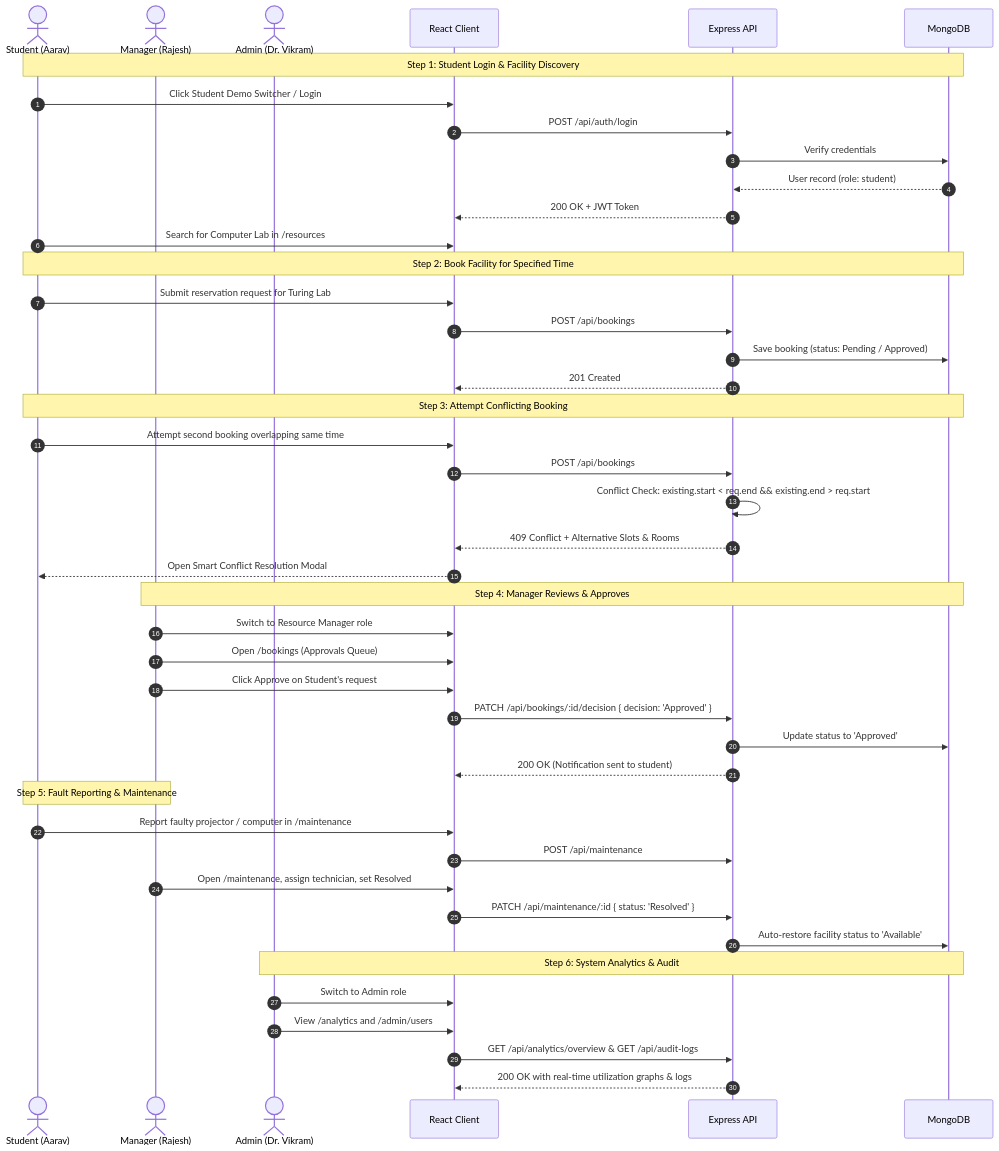
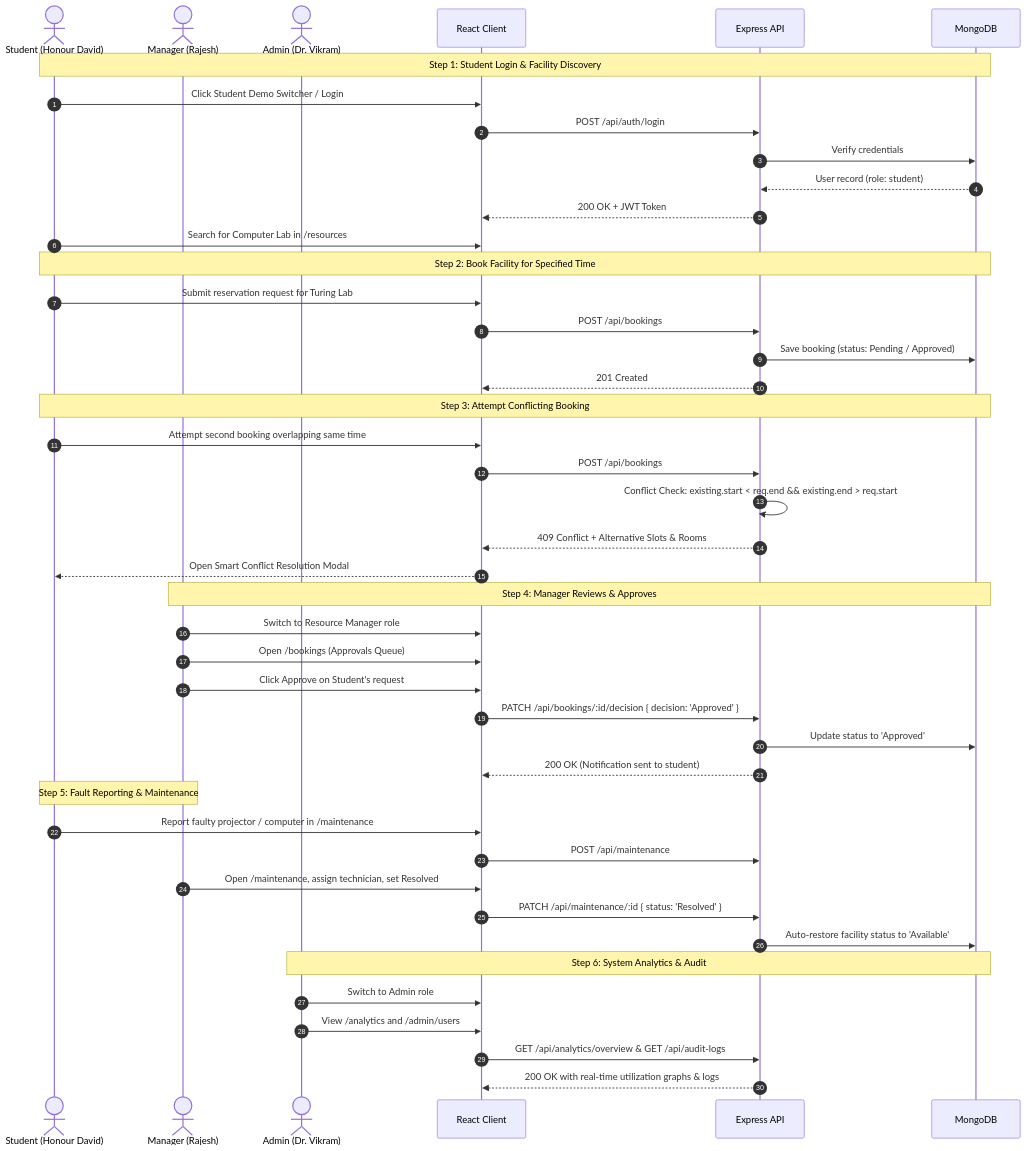
The diagram in docs/test-cases.md (HonourEXE/Smart-Campus-Resource-Managment-System), drawn with Mermaid before and after one commit. The commit also changed other lines of this file and 26 other files, not shown here.

````diff
--- a/docs/test-cases.md
+++ b/docs/test-cases.md
@@ -14,52 +14,52 @@
 ```mermaid
 sequenceDiagram
     autonumber
-    actor S as Student (Aarav)
+    actor S as Student (Honour David)
     actor M as Manager (Rajesh)
     actor A as Admin (Dr. Vikram)
     participant C as React Client
     participant E as Express API
     participant D as MongoDB
 
     Note over S,D: Step 1: Student Login & Facility Discovery
     S->>C: Click Student Demo Switcher / Login
     C->>E: POST /api/auth/login
     E->>D: Verify credentials
     D-->>E: User record (role: student)
     E-->>C: 200 OK + JWT Token
     S->>C: Search for Computer Lab in /resources
 
     Note over S,D: Step 2: Book Facility for Specified Time
     S->>C: Submit reservation request for Turing Lab
     C->>E: POST /api/bookings
     E->>D: Save booking (status: Pending / Approved)
     E-->>C: 201 Created
 
     Note over S,D: Step 3: Attempt Conflicting Booking
     S->>C: Attempt second booking overlapping same time
     C->>E: POST /api/bookings
     E->>E: Conflict Check: existing.start < req.end && existing.end > req.start
     E-->>C: 409 Conflict + Alternative Slots & Rooms
     C-->>S: Open Smart Conflict Resolution Modal
 
     Note over M,D: Step 4: Manager Reviews & Approves
     M->>C: Switch to Resource Manager role
     M->>C: Open /bookings (Approvals Queue)
     M->>C: Click Approve on Student's request
     C->>E: PATCH /api/bookings/:id/decision { decision: 'Approved' }
     E->>D: Update status to 'Approved'
     E-->>C: 200 OK (Notification sent to student)
 
     Note over S,M: Step 5: Fault Reporting & Maintenance
     S->>C: Report faulty projector / computer in /maintenance
     C->>E: POST /api/maintenance
     M->>C: Open /maintenance, assign technician, set Resolved
     C->>E: PATCH /api/maintenance/:id { status: 'Resolved' }
     E->>D: Auto-restore facility status to 'Available'
 
     Note over A,D: Step 6: System Analytics & Audit
     A->>C: Switch to Admin role
     A->>C: View /analytics and /admin/users
     C->>E: GET /api/analytics/overview & GET /api/audit-logs
     E-->>C: 200 OK with real-time utilization graphs & logs
 ```
````
